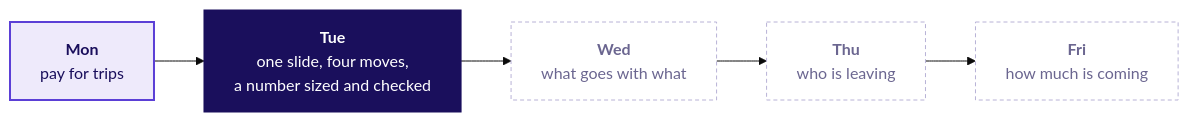
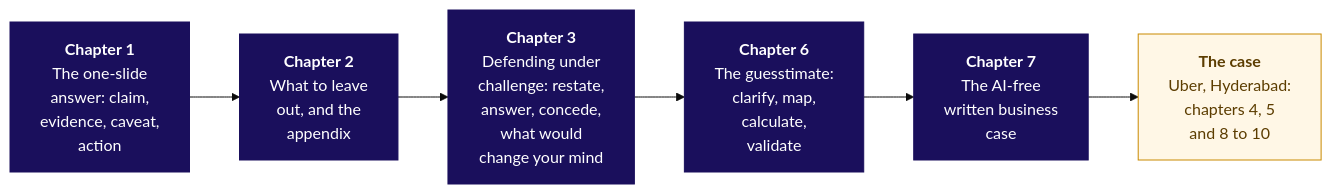
The diagram in content/W04/D2/study-notes/C2_W04_D02_notes_STUDENT.md (fde-academy-lab/c2-content-factory), drawn with Mermaid (base theme) before and after one commit. The commit also changed other lines of this file and 17 other files, not shown here.

````diff
--- a/content/W04/D2/study-notes/C2_W04_D02_notes_STUDENT.md
+++ b/content/W04/D2/study-notes/C2_W04_D02_notes_STUDENT.md
@@ -30,13 +23,12 @@
 ```mermaid
 flowchart LR
-    M["<b>Mon</b><br/>pay for trips"] --> T["<b>Tue</b><br/>one slide, four moves,<br/>a number sized and checked"]
-    T --> W["<b>Wed</b><br/>what goes with what"]
-    W --> H["<b>Thu</b><br/>who is leaving"]
-    H --> F["<b>Fri</b><br/>how much is coming"]
-    classDef known fill:#EEEAFB,stroke:#5B3FD6,color:#1A0F5C,stroke-width:2px
+    T1["<b>Chapter 1</b><br/>The one-slide<br/>answer: claim,<br/>evidence, caveat,<br/>action"] --> T2["<b>Chapter 2</b><br/>What to leave<br/>out, and the<br/>appendix"]
+    T2 --> T3["<b>Chapter 3</b><br/>Defending under<br/>challenge: restate,<br/>answer, concede,<br/>what would<br/>change your mind"]
+    T3 --> T4["<b>Chapter 6</b><br/>The guesstimate:<br/>clarify, map,<br/>calculate,<br/>validate"]
+    T4 --> T5["<b>Chapter 7</b><br/>The AI-free<br/>written business<br/>case"]
+    T5 --> C["<b>The case</b><br/>Uber, Hyderabad:<br/>chapters 4, 5<br/>and 8 to 10"]
     classDef lit fill:#1A0F5C,stroke:#1A0F5C,color:#FFFFFF
-    classDef unknown fill:#FFFFFF,stroke:#B8B2D6,color:#6B6690,stroke-dasharray:4 3
-    class M known
-    class T lit
-    class W,H,F unknown
+    classDef kalpa fill:#FFF7E6,stroke:#C98A00,color:#5C3D00
+    class T1,T2,T3,T4,T5 lit
+    class C kalpa
 ```
````
